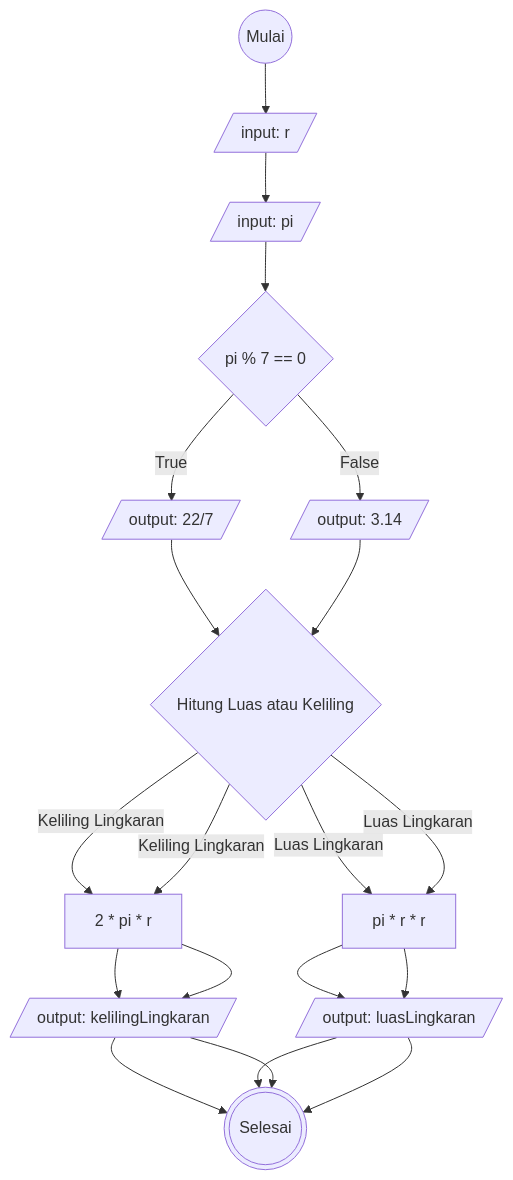
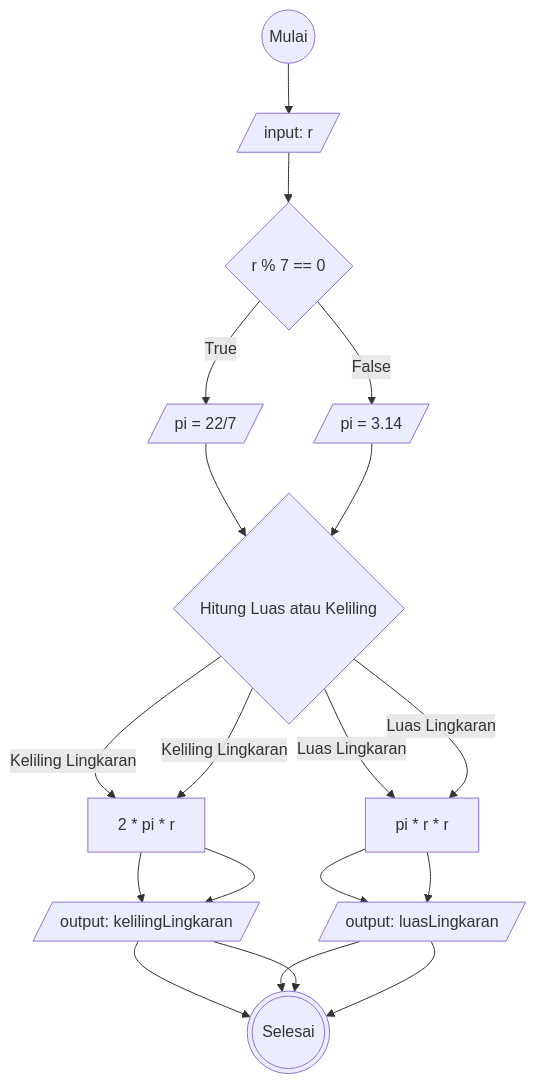
One commit to Arif14377/koda-b6-algoritma changed the diagram in flowchart-luas-keliling-lingkaran.md. Above: the diagram before and after it, drawn with Mermaid.

````diff
--- a/flowchart-luas-keliling-lingkaran.md
+++ b/flowchart-luas-keliling-lingkaran.md
@@ -1,35 +1,33 @@
 ```mermaid
 flowchart TD
 start@{shape: circle, label: "Mulai"}
 inputJari@{ shape: lean-r, label: "input: r"}
-inputPi@{ shape: lean-r, label: "input: pi"}
-decisionPi@{ shape: diamond, label: "pi % 7 == 0" }
+decisionPi@{ shape: diamond, label: "r % 7 == 0" }
 decisionHitung@{ shape: diamond, label: "Hitung Luas atau Keliling" }
-oPiTrue@{ shape: lean-r, label: "output: 22/7"}
-oPiFalse@{ shape: lean-r, label: "output: 3.14"}
+oPiTrue@{ shape: lean-r, label: "pi = 22/7"}
+oPiFalse@{ shape: lean-r, label: "pi = 3.14"}
 luasLingkaran@{ shape: rect, label: "pi * r * r" }
 kelilingLingkaran@{ shape: rect, label: "2 * pi * r" }
 outKeliling@{ shape: lean-r, label: "output: kelilingLingkaran"}
 outLuas@{ shape: lean-r, label: "output: luasLingkaran"}
 stop@{shape: dbl-circ, label: "Selesai"}
 
 start-->inputJari
-inputJari-->inputPi
-inputPi-->decisionPi
+inputJari-->decisionPi
 decisionPi--True-->oPiTrue
 decisionPi--False-->oPiFalse
 oPiTrue-->decisionHitung
 decisionHitung--Luas Lingkaran-->luasLingkaran
 decisionHitung--Keliling Lingkaran-->kelilingLingkaran
 kelilingLingkaran-->outKeliling
 outKeliling-->stop
 luasLingkaran-->outLuas
 outLuas-->stop
 oPiFalse-->decisionHitung
 decisionHitung--Luas Lingkaran-->luasLingkaran
 decisionHitung--Keliling Lingkaran-->kelilingLingkaran
 kelilingLingkaran-->outKeliling
 outKeliling-->stop
 luasLingkaran-->outLuas
 outLuas-->stop
 ```
````
